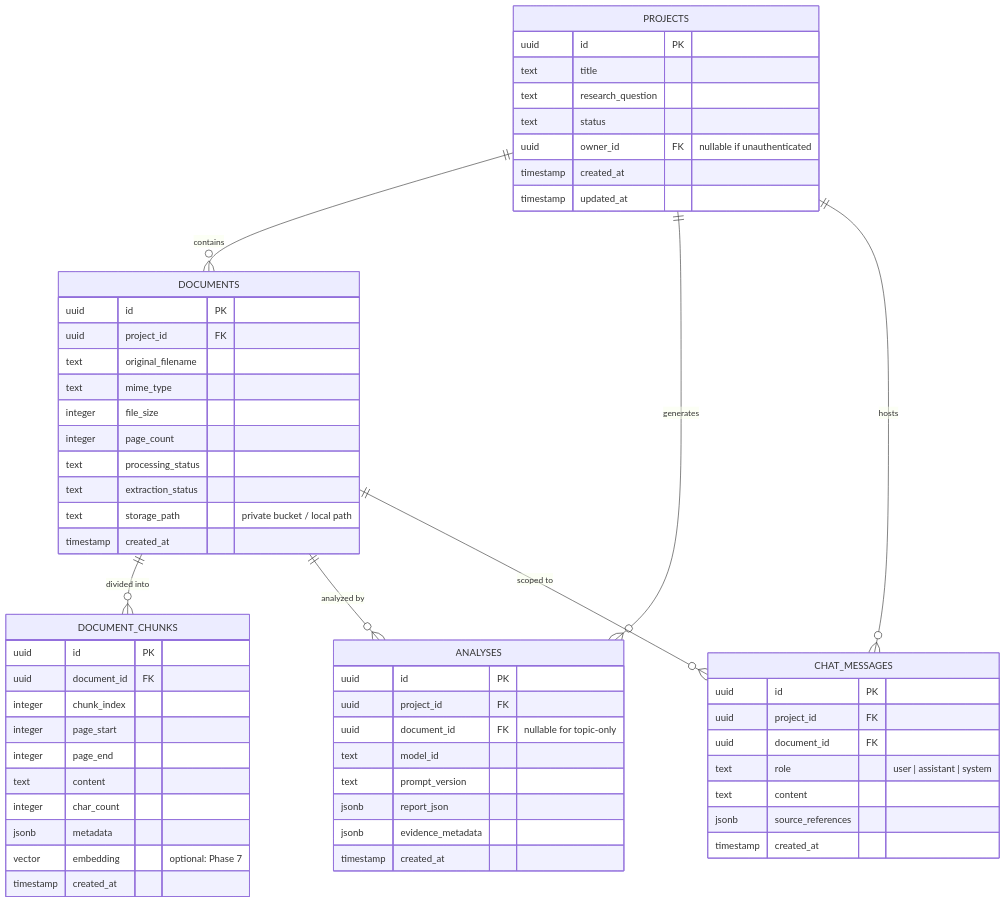
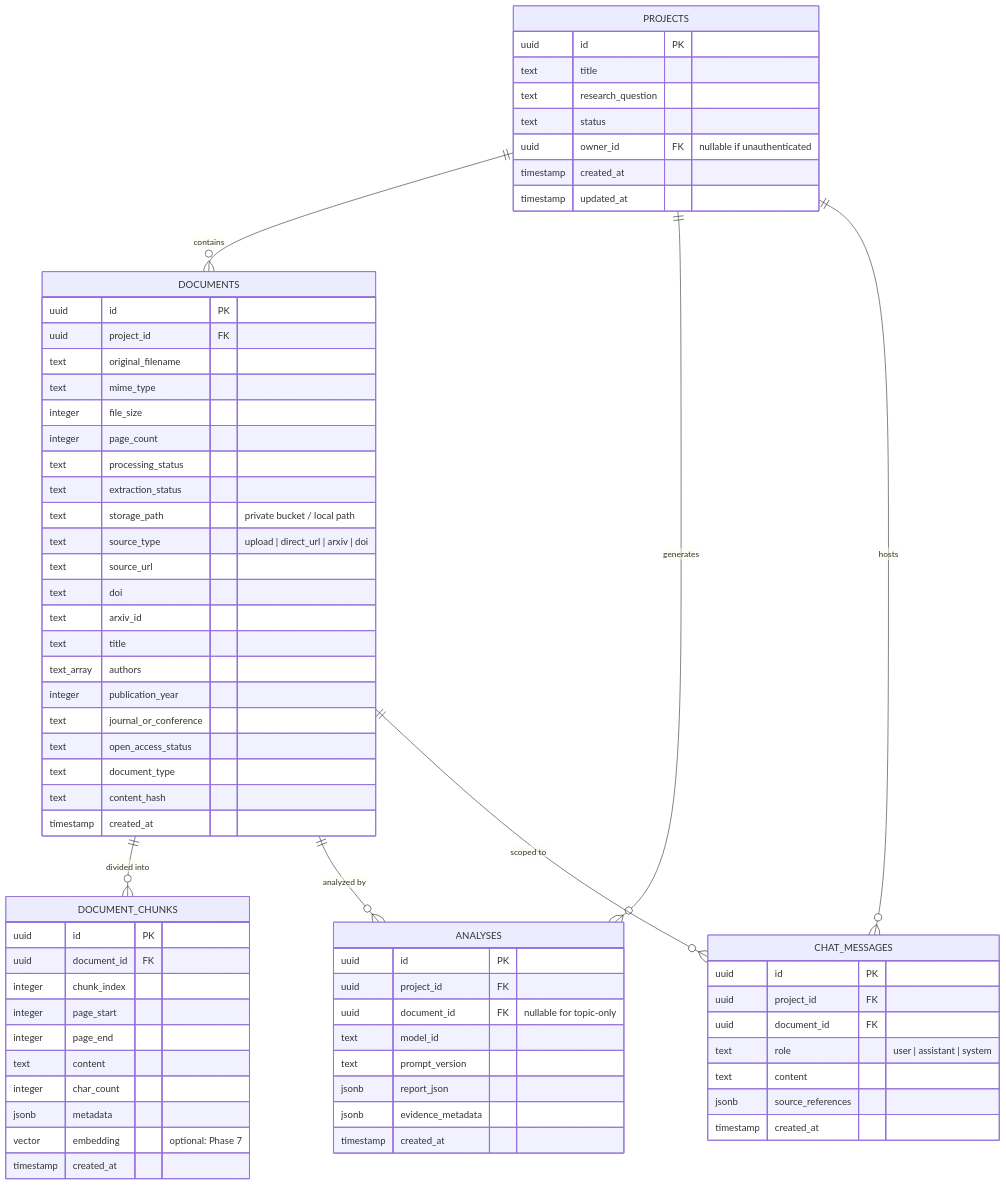
The diagram in docs/DATABASE_SCHEMA.md (krishbaresha/ai-research-analyzer), drawn with Mermaid before and after one commit. The commit also changed 39 other files, not shown here.

Commit message:
feat(phase-5): implement evidence-grounded document chat, multi-source paper import, ssrf defense, and research library foundation

````diff
--- a/docs/DATABASE_SCHEMA.md
+++ b/docs/DATABASE_SCHEMA.md
@@ -19,66 +19,77 @@
 ```mermaid
 erDiagram
     PROJECTS ||--o{ DOCUMENTS : "contains"
     PROJECTS ||--o{ ANALYSES : "generates"
     PROJECTS ||--o{ CHAT_MESSAGES : "hosts"
     DOCUMENTS ||--o{ DOCUMENT_CHUNKS : "divided into"
     DOCUMENTS ||--o{ ANALYSES : "analyzed by"
     DOCUMENTS ||--o{ CHAT_MESSAGES : "scoped to"
 
     PROJECTS {
         uuid id PK
         text title
         text research_question
         text status
         uuid owner_id FK "nullable if unauthenticated"
         timestamp created_at
         timestamp updated_at
     }
 
     DOCUMENTS {
         uuid id PK
         uuid project_id FK
         text original_filename
         text mime_type
         integer file_size
         integer page_count
         text processing_status
         text extraction_status
         text storage_path "private bucket / local path"
+        text source_type "upload | direct_url | arxiv | doi"
+        text source_url
+        text doi
+        text arxiv_id
+        text title
+        text_array authors
+        integer publication_year
+        text journal_or_conference
+        text open_access_status
+        text document_type
+        text content_hash
         timestamp created_at
     }
 
     DOCUMENT_CHUNKS {
         uuid id PK
         uuid document_id FK
         integer chunk_index
         integer page_start
         integer page_end
         text content
         integer char_count
         jsonb metadata
         vector embedding "optional: Phase 7"
         timestamp created_at
     }
 
     ANALYSES {
         uuid id PK
         uuid project_id FK
         uuid document_id FK "nullable for topic-only"
         text model_id
         text prompt_version
         jsonb report_json
         jsonb evidence_metadata
         timestamp created_at
     }
 
     CHAT_MESSAGES {
         uuid id PK
         uuid project_id FK
         uuid document_id FK
         text role "user | assistant | system"
         text content
         jsonb source_references
         timestamp created_at
     }
 ```
````
